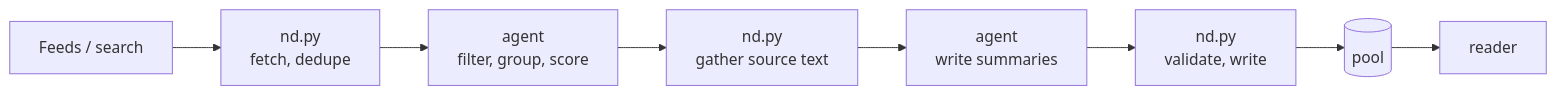
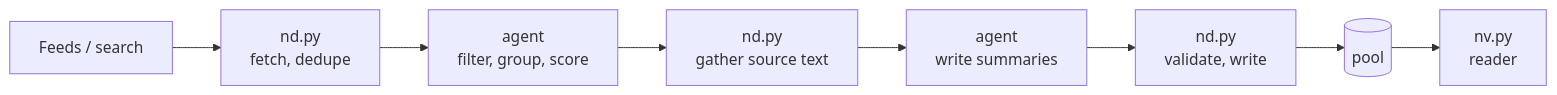
One commit to lxucs/news-pool changed the diagram in README.en.md. Above: the diagram before and after it, drawn with Mermaid. The commit also changed other lines of this file and 98 other files, not shown here.

````diff
--- a/README.en.md
+++ b/README.en.md
@@ -115,10 +125,10 @@
 ```mermaid
 flowchart LR
     S["Feeds / search"] --> F["nd.py<br>fetch, dedupe"]
     F --> T["agent<br>filter, group, score"]
     T --> L["nd.py<br>gather source text"]
     L --> E["agent<br>write summaries"]
     E --> C["nd.py<br>validate, write"]
     C --> P[("pool")]
-    P --> V["reader"]
+    P --> V["nv.py<br>reader"]
 ```
````
